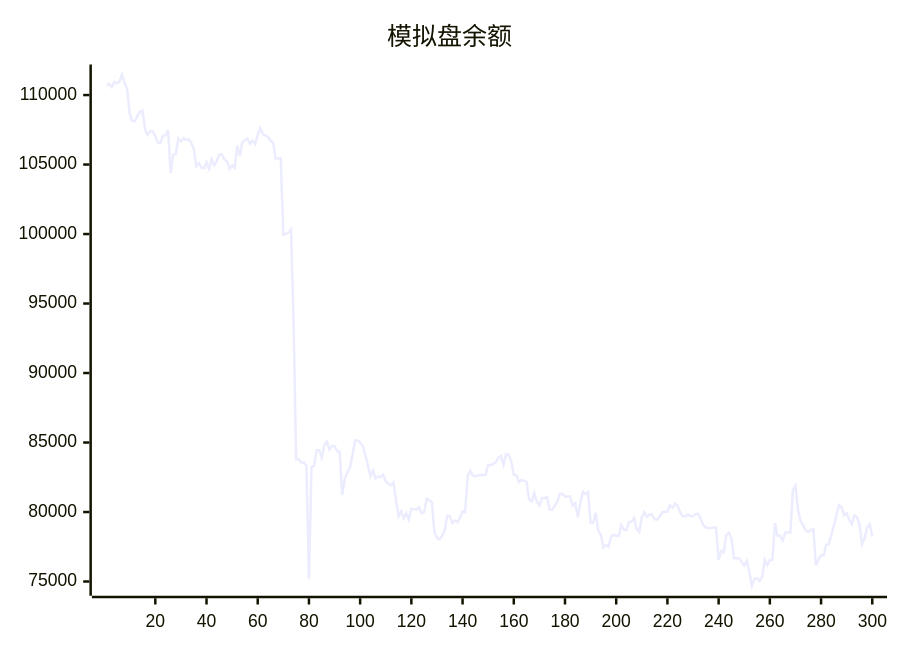
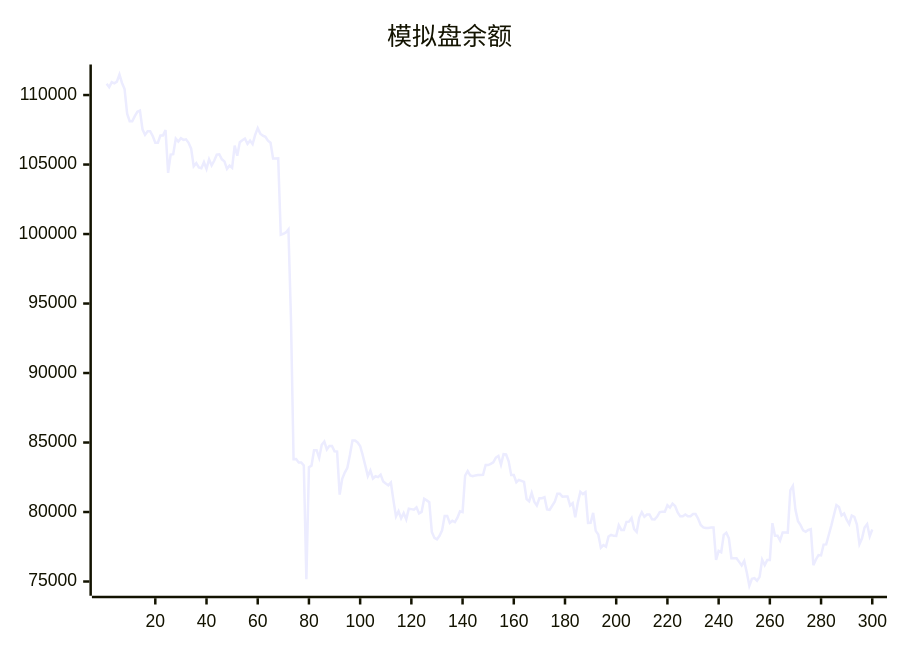
One commit to aahl/ai-trading changed the diagram in README.md. Above: the diagram before and after it, drawn with Mermaid. The commit also changed other lines of this file and 1 other file, not shown here.

````diff
--- a/README.md
+++ b/README.md
@@ -5,5 +5,5 @@
 ```mermaid
 xychart
     title "模拟盘余额"
-    line [110712,110812,110569,110929,110847,110968,111478,110870,110433,108661,108116,108115,108485,108797,108877,107536,107134,107393,107393,107046,106565,106565,107081,107081,107478,104404,105715,105749,106866,106651,106889,106771,106816,106565,106141,104876,105103,104796,104734,105169,104690,105380,104941,105272,105709,105739,105374,105227,104691,104924,104762,106364,105628,106608,106748,106872,106485,106721,106468,107132,107620,107224,107080,107001,106717,106567,105431,105431,105440,99950,100017,100113,100337,93749,83795,83807,83567,83567,83342,75168,83222,83336,84448,84449,83896,84839,85065,84499,84757,84757,84364,84347,81254,82385,82835,83184,84099,85150,85150,85002,84751,84096,83356,82582,82983,82404,82572,82512,82688,82200,82047,81920,82125,80840,79688,80060,79552,79920,79470,80236,80208,80170,80336,79894,80006,80954,80837,80712,78561,78139,78037,78293,78682,79720,79720,79214,79372,79279,79591,80046,79993,82625,82950,82626,82571,82633,82670,82670,82681,83386,83378,83464,83579,83920,84037,83402,84160,84142,83652,82655,82655,82145,82315,82243,82163,80934,80770,81371,80742,80468,80989,80989,81067,80191,80155,80450,80737,81309,81309,81106,81119,81119,80471,80631,79624,80670,81448,81290,81429,79212,79222,79940,78643,78380,77432,77623,77504,78235,78358,78284,78277,79048,78714,78714,79290,79308,79567,78763,78563,79603,79988,79652,79813,79813,79476,79469,79673,79995,80015,80015,80486,80314,80600,80436,79966,79689,79689,79819,79692,79692,79850,79850,79518,79071,78889,78850,78850,78878,78878,76554,77202,77103,78357,78510,78106,76678,76677,76672,76411,76159,76485,75656,74695,75197,75246,75052,75334,76564,76179,76553,76551,79196,78300,78300,77944,78531,78531,78521,81564,81884,80160,79335,79055,78675,78580,78708,78764,76179,76586,76902,76876,77658,77669,78346,79023,79769,80497,80366,79761,79896,79448,79126,79749,79658,79097,77695,78114,78888,79126,78249]
+    line [110812,110569,110929,110847,110968,111478,110870,110433,108661,108116,108115,108485,108797,108877,107536,107134,107393,107393,107046,106565,106565,107081,107081,107478,104404,105715,105749,106866,106651,106889,106771,106816,106565,106141,104876,105103,104796,104734,105169,104690,105380,104941,105272,105709,105739,105374,105227,104691,104924,104762,106364,105628,106608,106748,106872,106485,106721,106468,107132,107620,107224,107080,107001,106717,106567,105431,105431,105440,99950,100017,100113,100337,93749,83795,83807,83567,83567,83342,75168,83222,83336,84448,84449,83896,84839,85065,84499,84757,84757,84364,84347,81254,82385,82835,83184,84099,85150,85150,85002,84751,84096,83356,82582,82983,82404,82572,82512,82688,82200,82047,81920,82125,80840,79688,80060,79552,79920,79470,80236,80208,80170,80336,79894,80006,80954,80837,80712,78561,78139,78037,78293,78682,79720,79720,79214,79372,79279,79591,80046,79993,82625,82950,82626,82571,82633,82670,82670,82681,83386,83378,83464,83579,83920,84037,83402,84160,84142,83652,82655,82655,82145,82315,82243,82163,80934,80770,81371,80742,80468,80989,80989,81067,80191,80155,80450,80737,81309,81309,81106,81119,81119,80471,80631,79624,80670,81448,81290,81429,79212,79222,79940,78643,78380,77432,77623,77504,78235,78358,78284,78277,79048,78714,78714,79290,79308,79567,78763,78563,79603,79988,79652,79813,79813,79476,79469,79673,79995,80015,80015,80486,80314,80600,80436,79966,79689,79689,79819,79692,79692,79850,79850,79518,79071,78889,78850,78850,78878,78878,76554,77202,77103,78357,78510,78106,76678,76677,76672,76411,76159,76485,75656,74695,75197,75246,75052,75334,76564,76179,76553,76551,79196,78300,78300,77944,78531,78531,78521,81564,81884,80160,79335,79055,78675,78580,78708,78764,76179,76586,76902,76876,77658,77669,78346,79023,79769,80497,80366,79761,79896,79448,79126,79749,79658,79097,77695,78114,78888,79126,78249,78738]
 ```
````
